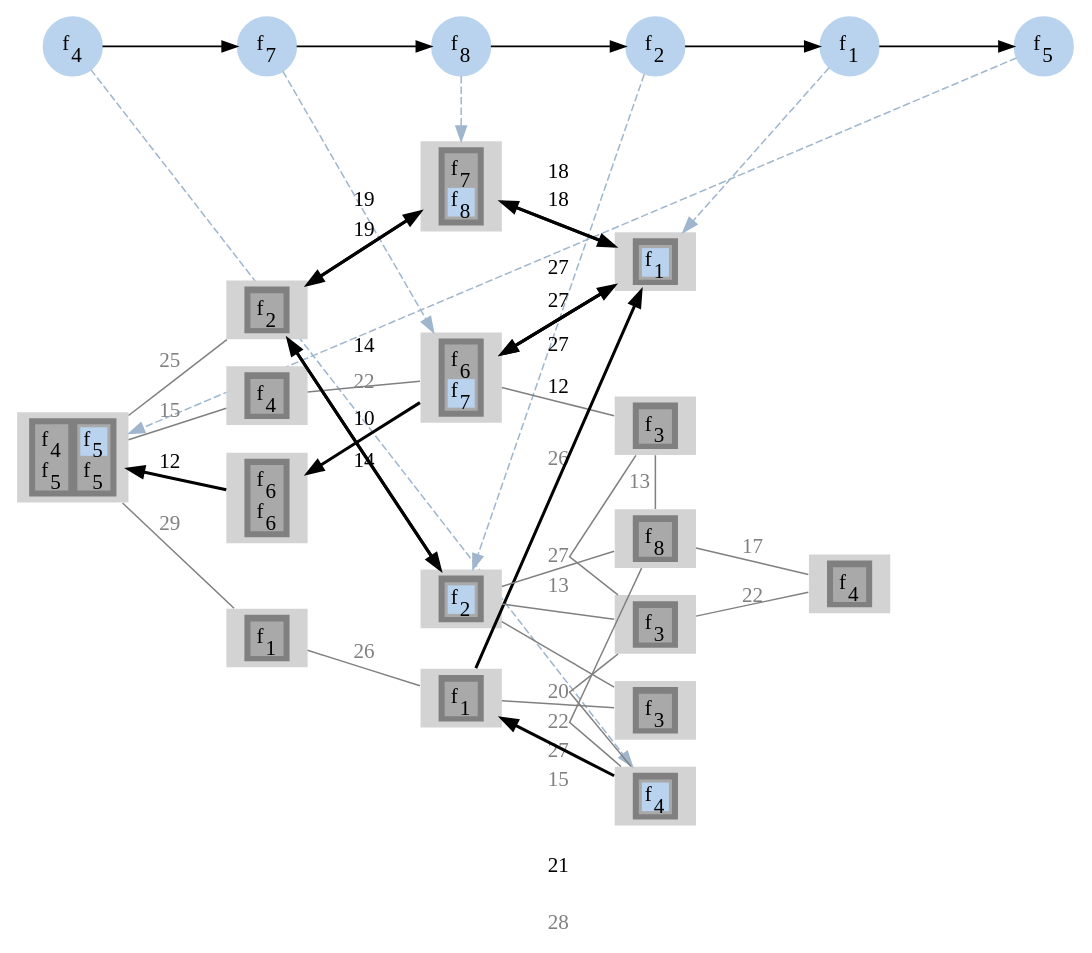
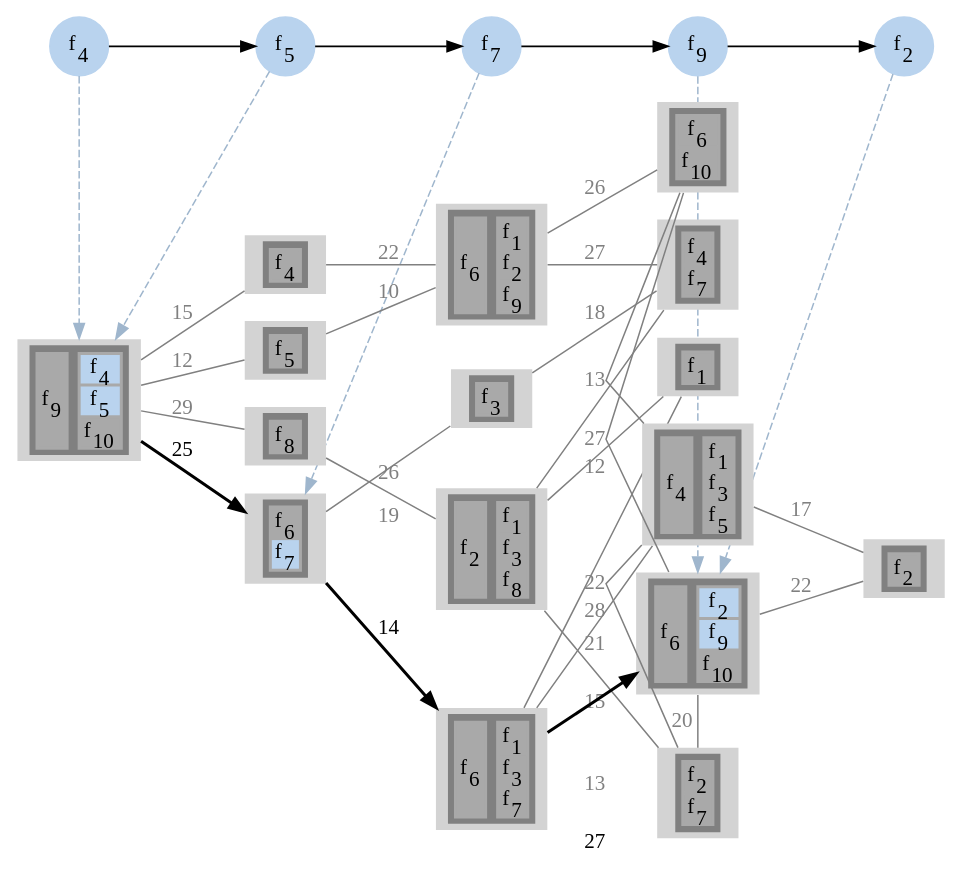
The diagram in output/sevenReliabilityOne/gv/sfcAssgn3.gv (prateekshyap/SFC_Placement_in_VNF), drawn with Graphviz before and after one commit. The commit also changed 74 other files, not shown here.

```diff
--- a/output/sevenReliabilityOne/gv/sfcAssgn3.gv
+++ b/output/sevenReliabilityOne/gv/sfcAssgn3.gv
@@ -6,22 +6,19 @@
 {
 node [shape=circle]
 {rank = same; f4; };
+{rank = same; f5; };
 {rank = same; f7; };
-{rank = same; f8; };
+{rank = same; f9; };
 {rank = same; f2; };
-{rank = same; f1; };
-{rank = same; f5; };
 f4[style=filled label=<f<SUB>4</SUB>> color="slategray2"]
+f5[style=filled label=<f<SUB>5</SUB>> color="slategray2"]
 f7[style=filled label=<f<SUB>7</SUB>> color="slategray2"]
-f8[style=filled label=<f<SUB>8</SUB>> color="slategray2"]
+f9[style=filled label=<f<SUB>9</SUB>> color="slategray2"]
 f2[style=filled label=<f<SUB>2</SUB>> color="slategray2"]
-f1[style=filled label=<f<SUB>1</SUB>> color="slategray2"]
-f5[style=filled label=<f<SUB>5</SUB>> color="slategray2"]
-f4 -> f7
-f7 -> f8
-f8 -> f2
-f2 -> f1
-f1 -> f5
+f4 -> f5
+f5 -> f7
+f7 -> f9
+f9 -> f2
 }
 subgraph network
 {
@@ -31,13 +28,139 @@
 {rank = same; 4; 6; 7; 9; };
 {rank = same; 5; 11; 10; 14; 12; 13; };
 {rank = same; 16; };
-14[style=filled
+1[style=filled
 label=<
 <TABLE BORDER="0" BGCOLOR="gray">
 <TR>
 <TD>
 <TABLE BORDER="0" BGCOLOR="darkgray">
-<TR><TD PORT="f9" BGCOLOR="slategray2">f<SUB>4</SUB></TD></TR>
+<TR><TD PORT="f33" BGCOLOR="darkgray">f<SUB>9</SUB></TD></TR>
+</TABLE>
+</TD>
+<TD>
+<TABLE BORDER="0" BGCOLOR="darkgray">
+<TR><TD PORT="f16" BGCOLOR="slategray2">f<SUB>4</SUB></TD></TR>
+<TR><TD PORT="f21" BGCOLOR="slategray2">f<SUB>5</SUB></TD></TR>
+<TR><TD PORT="f37" BGCOLOR="darkgray">f<SUB>10</SUB></TD></TR>
+</TABLE>
+</TD>
+</TR>
+</TABLE>>]
+
+1[style=filled
+label=<
+<TABLE BORDER="0" BGCOLOR="gray">
+<TR>
+<TD>
+<TABLE BORDER="0" BGCOLOR="darkgray">
+<TR><TD PORT="f33" BGCOLOR="darkgray">f<SUB>9</SUB></TD></TR>
+</TABLE>
+</TD>
+<TD>
+<TABLE BORDER="0" BGCOLOR="darkgray">
+<TR><TD PORT="f16" BGCOLOR="slategray2">f<SUB>4</SUB></TD></TR>
+<TR><TD PORT="f21" BGCOLOR="slategray2">f<SUB>5</SUB></TD></TR>
+<TR><TD PORT="f37" BGCOLOR="darkgray">f<SUB>10</SUB></TD></TR>
+</TABLE>
+</TD>
+</TR>
+</TABLE>>]
+
+8[style=filled
+label=<
+<TABLE BORDER="0" BGCOLOR="gray">
+<TR>
+<TD>
+<TABLE BORDER="0" BGCOLOR="darkgray">
+<TR><TD PORT="f22" BGCOLOR="darkgray">f<SUB>6</SUB></TD></TR>
+<TR><TD PORT="f29" BGCOLOR="slategray2">f<SUB>7</SUB></TD></TR>
+</TABLE>
+</TD>
+</TR>
+</TABLE>>]
+
+8[style=filled
+label=<
+<TABLE BORDER="0" BGCOLOR="gray">
+<TR>
+<TD>
+<TABLE BORDER="0" BGCOLOR="darkgray">
+<TR><TD PORT="f22" BGCOLOR="darkgray">f<SUB>6</SUB></TD></TR>
+<TR><TD PORT="f29" BGCOLOR="slategray2">f<SUB>7</SUB></TD></TR>
+</TABLE>
+</TD>
+</TR>
+</TABLE>>]
+
+13[style=filled
+label=<
+<TABLE BORDER="0" BGCOLOR="gray">
+<TR>
+<TD>
+<TABLE BORDER="0" BGCOLOR="darkgray">
+<TR><TD PORT="f25" BGCOLOR="darkgray">f<SUB>6</SUB></TD></TR>
+</TABLE>
+</TD>
+<TD>
+<TABLE BORDER="0" BGCOLOR="darkgray">
+<TR><TD PORT="f7" BGCOLOR="slategray2">f<SUB>2</SUB></TD></TR>
+<TR><TD PORT="f34" BGCOLOR="slategray2">f<SUB>9</SUB></TD></TR>
+<TR><TD PORT="f38" BGCOLOR="darkgray">f<SUB>10</SUB></TD></TR>
+</TABLE>
+</TD>
+</TR>
+</TABLE>>]
+
+13[style=filled
+label=<
+<TABLE BORDER="0" BGCOLOR="gray">
+<TR>
+<TD>
+<TABLE BORDER="0" BGCOLOR="darkgray">
+<TR><TD PORT="f25" BGCOLOR="darkgray">f<SUB>6</SUB></TD></TR>
+</TABLE>
+</TD>
+<TD>
+<TABLE BORDER="0" BGCOLOR="darkgray">
+<TR><TD PORT="f7" BGCOLOR="slategray2">f<SUB>2</SUB></TD></TR>
+<TR><TD PORT="f34" BGCOLOR="slategray2">f<SUB>9</SUB></TD></TR>
+<TR><TD PORT="f38" BGCOLOR="darkgray">f<SUB>10</SUB></TD></TR>
+</TABLE>
+</TD>
+</TR>
+</TABLE>>]
+
+2[style=filled
+label=<
+<TABLE BORDER="0" BGCOLOR="gray">
+<TR>
+<TD>
+<TABLE BORDER="0" BGCOLOR="darkgray">
+<TR><TD PORT="f20" BGCOLOR="darkgray">f<SUB>5</SUB></TD></TR>
+</TABLE>
+</TD>
+</TR>
+</TABLE>>]
+
+3[style=filled
+label=<
+<TABLE BORDER="0" BGCOLOR="gray">
+<TR>
+<TD>
+<TABLE BORDER="0" BGCOLOR="darkgray">
+<TR><TD PORT="f32" BGCOLOR="darkgray">f<SUB>8</SUB></TD></TR>
+</TABLE>
+</TD>
+</TR>
+</TABLE>>]
+
+15[style=filled
+label=<
+<TABLE BORDER="0" BGCOLOR="gray">
+<TR>
+<TD>
+<TABLE BORDER="0" BGCOLOR="darkgray">
+<TR><TD PORT="f17" BGCOLOR="darkgray">f<SUB>4</SUB></TD></TR>
 </TABLE>
 </TD>
 </TR>
@@ -49,21 +172,59 @@
 <TR>
 <TD>
 <TABLE BORDER="0" BGCOLOR="darkgray">
-<TR><TD PORT="f18" BGCOLOR="darkgray">f<SUB>6</SUB></TD></TR>
-<TR><TD PORT="f19" BGCOLOR="slategray2">f<SUB>7</SUB></TD></TR>
+<TR><TD PORT="f24" BGCOLOR="darkgray">f<SUB>6</SUB></TD></TR>
+</TABLE>
+</TD>
+<TD>
+<TABLE BORDER="0" BGCOLOR="darkgray">
+<TR><TD PORT="f2" BGCOLOR="darkgray">f<SUB>1</SUB></TD></TR>
+<TR><TD PORT="f8" BGCOLOR="darkgray">f<SUB>2</SUB></TD></TR>
+<TR><TD PORT="f35" BGCOLOR="darkgray">f<SUB>9</SUB></TD></TR>
 </TABLE>
 </TD>
 </TR>
 </TABLE>>]
 
-4[style=filled
+6[style=filled
 label=<
 <TABLE BORDER="0" BGCOLOR="gray">
 <TR>
 <TD>
 <TABLE BORDER="0" BGCOLOR="darkgray">
-<TR><TD PORT="f18" BGCOLOR="darkgray">f<SUB>6</SUB></TD></TR>
-<TR><TD PORT="f19" BGCOLOR="slategray2">f<SUB>7</SUB></TD></TR>
+<TR><TD PORT="f6" BGCOLOR="darkgray">f<SUB>2</SUB></TD></TR>
+</TABLE>
+</TD>
+<TD>
+<TABLE BORDER="0" BGCOLOR="darkgray">
+<TR><TD PORT="f5" BGCOLOR="darkgray">f<SUB>1</SUB></TD></TR>
+<TR><TD PORT="f13" BGCOLOR="darkgray">f<SUB>3</SUB></TD></TR>
+<TR><TD PORT="f31" BGCOLOR="darkgray">f<SUB>8</SUB></TD></TR>
+</TABLE>
+</TD>
+</TR>
+</TABLE>>]
+
+5[style=filled
+label=<
+<TABLE BORDER="0" BGCOLOR="gray">
+<TR>
+<TD>
+<TABLE BORDER="0" BGCOLOR="darkgray">
+<TR><TD PORT="f18" BGCOLOR="darkgray">f<SUB>4</SUB></TD></TR>
+<TR><TD PORT="f30" BGCOLOR="darkgray">f<SUB>7</SUB></TD></TR>
+</TABLE>
+</TD>
+</TR>
+</TABLE>>]
+
+11[style=filled
+label=<
+<TABLE BORDER="0" BGCOLOR="gray">
+<TR>
+<TD>
+<TABLE BORDER="0" BGCOLOR="darkgray">
+<TR><TD PORT="f26" BGCOLOR="darkgray">f<SUB>6</SUB></TD></TR>
+<TR><TD PORT="f36" BGCOLOR="darkgray">f<SUB>10</SUB></TD></TR>
 </TABLE>
 </TD>
 </TR>
@@ -75,21 +236,32 @@
 <TR>
 <TD>
 <TABLE BORDER="0" BGCOLOR="darkgray">
-<TR><TD PORT="f20" BGCOLOR="darkgray">f<SUB>7</SUB></TD></TR>
-<TR><TD PORT="f21" BGCOLOR="slategray2">f<SUB>8</SUB></TD></TR>
+<TR><TD PORT="f14" BGCOLOR="darkgray">f<SUB>3</SUB></TD></TR>
 </TABLE>
 </TD>
 </TR>
 </TABLE>>]
 
-7[style=filled
+10[style=filled
 label=<
 <TABLE BORDER="0" BGCOLOR="gray">
 <TR>
 <TD>
 <TABLE BORDER="0" BGCOLOR="darkgray">
-<TR><TD PORT="f20" BGCOLOR="darkgray">f<SUB>7</SUB></TD></TR>
-<TR><TD PORT="f21" BGCOLOR="slategray2">f<SUB>8</SUB></TD></TR>
+<TR><TD PORT="f1" BGCOLOR="darkgray">f<SUB>1</SUB></TD></TR>
+</TABLE>
+</TD>
+</TR>
+</TABLE>>]
+
+14[style=filled
+label=<
+<TABLE BORDER="0" BGCOLOR="gray">
+<TR>
+<TD>
+<TABLE BORDER="0" BGCOLOR="darkgray">
+<TR><TD PORT="f10" BGCOLOR="darkgray">f<SUB>2</SUB></TD></TR>
+<TR><TD PORT="f27" BGCOLOR="darkgray">f<SUB>7</SUB></TD></TR>
 </TABLE>
 </TD>
 </TR>
@@ -101,147 +273,14 @@
 <TR>
 <TD>
 <TABLE BORDER="0" BGCOLOR="darkgray">
-<TR><TD PORT="f5" BGCOLOR="slategray2">f<SUB>2</SUB></TD></TR>
-</TABLE>
-</TD>
-</TR>
-</TABLE>>]
-
-9[style=filled
-label=<
-<TABLE BORDER="0" BGCOLOR="gray">
-<TR>
-<TD>
-<TABLE BORDER="0" BGCOLOR="darkgray">
-<TR><TD PORT="f5" BGCOLOR="slategray2">f<SUB>2</SUB></TD></TR>
-</TABLE>
-</TD>
-</TR>
-</TABLE>>]
-
-5[style=filled
-label=<
-<TABLE BORDER="0" BGCOLOR="gray">
-<TR>
-<TD>
-<TABLE BORDER="0" BGCOLOR="darkgray">
-<TR><TD PORT="f2" BGCOLOR="slategray2">f<SUB>1</SUB></TD></TR>
-</TABLE>
-</TD>
-</TR>
-</TABLE>>]
-
-5[style=filled
-label=<
-<TABLE BORDER="0" BGCOLOR="gray">
-<TR>
-<TD>
-<TABLE BORDER="0" BGCOLOR="darkgray">
-<TR><TD PORT="f2" BGCOLOR="slategray2">f<SUB>1</SUB></TD></TR>
-</TABLE>
-</TD>
-</TR>
-</TABLE>>]
-
-1[style=filled
-label=<
-<TABLE BORDER="0" BGCOLOR="gray">
-<TR>
-<TD>
-<TABLE BORDER="0" BGCOLOR="darkgray">
-<TR><TD PORT="f12" BGCOLOR="darkgray">f<SUB>4</SUB></TD></TR>
-<TR><TD PORT="f13" BGCOLOR="darkgray">f<SUB>5</SUB></TD></TR>
+<TR><TD PORT="f23" BGCOLOR="darkgray">f<SUB>6</SUB></TD></TR>
 </TABLE>
 </TD>
 <TD>
 <TABLE BORDER="0" BGCOLOR="darkgray">
-<TR><TD PORT="f14" BGCOLOR="slategray2">f<SUB>5</SUB></TD></TR>
-<TR><TD PORT="f15" BGCOLOR="darkgray">f<SUB>5</SUB></TD></TR>
-</TABLE>
-</TD>
-</TR>
-</TABLE>>]
-
-2[style=filled
-label=<
-<TABLE BORDER="0" BGCOLOR="gray">
-<TR>
-<TD>
-<TABLE BORDER="0" BGCOLOR="darkgray">
-<TR><TD PORT="f16" BGCOLOR="darkgray">f<SUB>6</SUB></TD></TR>
-<TR><TD PORT="f17" BGCOLOR="darkgray">f<SUB>6</SUB></TD></TR>
-</TABLE>
-</TD>
-</TR>
-</TABLE>>]
-
-3[style=filled
-label=<
-<TABLE BORDER="0" BGCOLOR="gray">
-<TR>
-<TD>
-<TABLE BORDER="0" BGCOLOR="darkgray">
-<TR><TD PORT="f1" BGCOLOR="darkgray">f<SUB>1</SUB></TD></TR>
-</TABLE>
-</TD>
-</TR>
-</TABLE>>]
-
-8[style=filled
-label=<
-<TABLE BORDER="0" BGCOLOR="gray">
-<TR>
-<TD>
-<TABLE BORDER="0" BGCOLOR="darkgray">
-<TR><TD PORT="f4" BGCOLOR="darkgray">f<SUB>2</SUB></TD></TR>
-</TABLE>
-</TD>
-</TR>
-</TABLE>>]
-
-15[style=filled
-label=<
-<TABLE BORDER="0" BGCOLOR="gray">
-<TR>
-<TD>
-<TABLE BORDER="0" BGCOLOR="darkgray">
-<TR><TD PORT="f10" BGCOLOR="darkgray">f<SUB>4</SUB></TD></TR>
-</TABLE>
-</TD>
-</TR>
-</TABLE>>]
-
-6[style=filled
-label=<
-<TABLE BORDER="0" BGCOLOR="gray">
-<TR>
-<TD>
-<TABLE BORDER="0" BGCOLOR="darkgray">
-<TR><TD PORT="f3" BGCOLOR="darkgray">f<SUB>1</SUB></TD></TR>
-</TABLE>
-</TD>
-</TR>
-</TABLE>>]
-
-11[style=filled
-label=<
-<TABLE BORDER="0" BGCOLOR="gray">
-<TR>
-<TD>
-<TABLE BORDER="0" BGCOLOR="darkgray">
-<TR><TD PORT="f7" BGCOLOR="darkgray">f<SUB>3</SUB></TD></TR>
-</TABLE>
-</TD>
-</TR>
-</TABLE>>]
-
-10[style=filled
-label=<
-<TABLE BORDER="0" BGCOLOR="gray">
-<TR>
-<TD>
-<TABLE BORDER="0" BGCOLOR="darkgray">
-<TR><TD PORT="f6" BGCOLOR="darkgray">f<SUB>3</SUB></TD></TR>
+<TR><TD PORT="f4" BGCOLOR="darkgray">f<SUB>1</SUB></TD></TR>
+<TR><TD PORT="f11" BGCOLOR="darkgray">f<SUB>3</SUB></TD></TR>
+<TR><TD PORT="f28" BGCOLOR="darkgray">f<SUB>7</SUB></TD></TR>
 </TABLE>
 </TD>
 </TR>
@@ -253,19 +292,14 @@
 <TR>
 <TD>
 <TABLE BORDER="0" BGCOLOR="darkgray">
-<TR><TD PORT="f22" BGCOLOR="darkgray">f<SUB>8</SUB></TD></TR>
+<TR><TD PORT="f15" BGCOLOR="darkgray">f<SUB>4</SUB></TD></TR>
 </TABLE>
 </TD>
-</TR>
-</TABLE>>]
-
-13[style=filled
-label=<
-<TABLE BORDER="0" BGCOLOR="gray">
-<TR>
 <TD>
 <TABLE BORDER="0" BGCOLOR="darkgray">
-<TR><TD PORT="f8" BGCOLOR="darkgray">f<SUB>3</SUB></TD></TR>
+<TR><TD PORT="f3" BGCOLOR="darkgray">f<SUB>1</SUB></TD></TR>
+<TR><TD PORT="f12" BGCOLOR="darkgray">f<SUB>3</SUB></TD></TR>
+<TR><TD PORT="f19" BGCOLOR="darkgray">f<SUB>5</SUB></TD></TR>
 </TABLE>
 </TD>
 </TR>
@@ -277,35 +311,30 @@
 <TR>
 <TD>
 <TABLE BORDER="0" BGCOLOR="darkgray">
-<TR><TD PORT="f11" BGCOLOR="darkgray">f<SUB>4</SUB></TD></TR>
+<TR><TD PORT="f9" BGCOLOR="darkgray">f<SUB>2</SUB></TD></TR>
 </TABLE>
 </TD>
 </TR>
 </TABLE>>]
 
-14 -> 6[label="21" color="black" penwidth=2]
-6 -> 5[label="12" color="black" penwidth=2]
-5 -> 4[label="27" color="black" penwidth=2]
-4 -> 5[label="27" color="black" penwidth=2]
-5 -> 7[label="18" color="black" penwidth=2]
-7 -> 8[label="19" color="black" penwidth=2]
+1 -> 8[label="25" color="black" penwidth=2]
 8 -> 9[label="14" color="black" penwidth=2]
-9 -> 8[label="14" color="black" penwidth=2]
-8 -> 7[label="19" color="black" penwidth=2]
-7 -> 5[label="18" color="black" penwidth=2]
-5 -> 4[label="27" color="black" penwidth=2]
-4 -> 2[label="10" color="black" penwidth=2]
-2 -> 1[label="12" color="black" penwidth=2]
+9 -> 13[label="27" color="black" penwidth=2]
+1 -> 2[label="12" color="gray" fontcolor="gray" dir = none]
 1 -> 3[label="29" color="gray" fontcolor="gray" dir = none]
-1 -> 8[label="25" color="gray" fontcolor="gray" dir = none]
 1 -> 15[label="15" color="gray" fontcolor="gray" dir = none]
+2 -> 4[label="10" color="gray" fontcolor="gray" dir = none]
 3 -> 6[label="26" color="gray" fontcolor="gray" dir = none]
+4 -> 5[label="27" color="gray" fontcolor="gray" dir = none]
 4 -> 11[label="26" color="gray" fontcolor="gray" dir = none]
 4 -> 15[label="22" color="gray" fontcolor="gray" dir = none]
+5 -> 6[label="12" color="gray" fontcolor="gray" dir = none]
+5 -> 7[label="18" color="gray" fontcolor="gray" dir = none]
 6 -> 10[label="28" color="gray" fontcolor="gray" dir = none]
+6 -> 14[label="21" color="gray" fontcolor="gray" dir = none]
+7 -> 8[label="19" color="gray" fontcolor="gray" dir = none]
 9 -> 10[label="15" color="gray" fontcolor="gray" dir = none]
 9 -> 12[label="13" color="gray" fontcolor="gray" dir = none]
-9 -> 13[label="27" color="gray" fontcolor="gray" dir = none]
 11 -> 12[label="13" color="gray" fontcolor="gray" dir = none]
 11 -> 13[label="27" color="gray" fontcolor="gray" dir = none]
 12 -> 14[label="22" color="gray" fontcolor="gray" dir = none]
@@ -314,10 +343,9 @@
 13 -> 16[label="22" color="gray" fontcolor="gray" dir = none]
 }
 splines=false
-f4 -> 14[color="slategray3" style=dashed constraint=false]
-f7 -> 4[color="slategray3" style=dashed constraint=false]
-f8 -> 7[color="slategray3" style=dashed constraint=false]
-f2 -> 9[color="slategray3" style=dashed constraint=false]
-f1 -> 5[color="slategray3" style=dashed constraint=false]
+f4 -> 1[color="slategray3" style=dashed constraint=false]
 f5 -> 1[color="slategray3" style=dashed constraint=false]
+f7 -> 8[color="slategray3" style=dashed constraint=false]
+f9 -> 13[color="slategray3" style=dashed constraint=false]
+f2 -> 13[color="slategray3" style=dashed constraint=false]
 }
```
